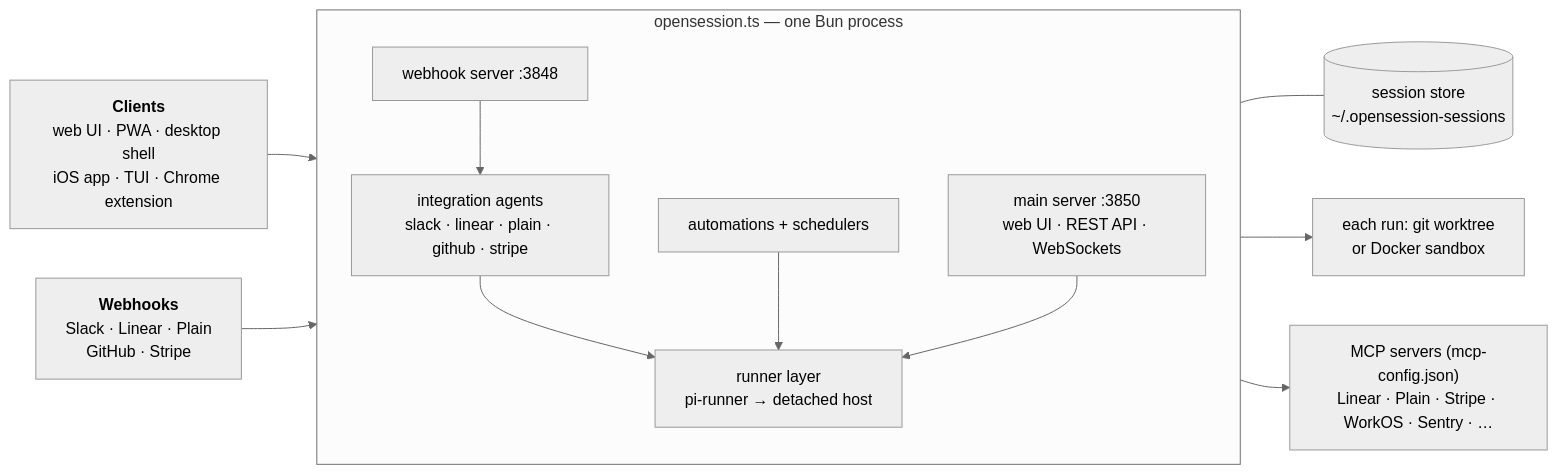
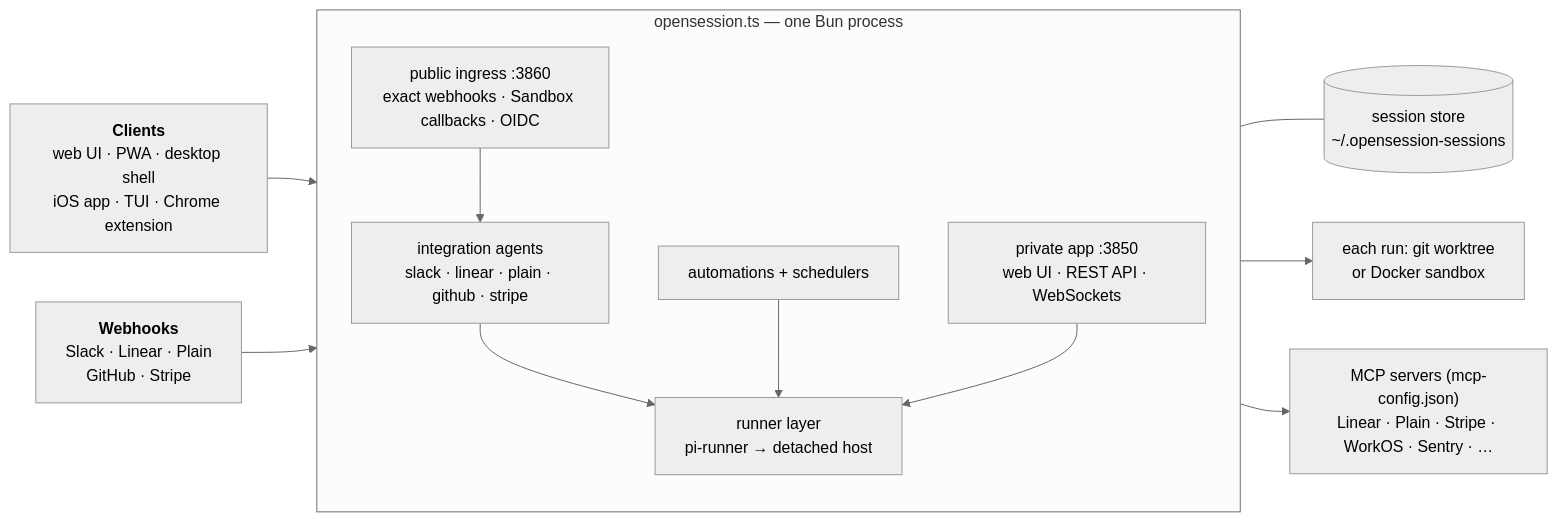
The diagram in docs/setup/README.md (Recovr-Rehab/opensession), drawn with Mermaid (neutral theme) before and after one commit. The commit also changed other lines of this file and 58 other files, not shown here.

Commit message:
Unify public ingress configuration

````diff
--- a/docs/setup/README.md
+++ b/docs/setup/README.md
@@ -23,24 +23,24 @@
 ```mermaid
 flowchart LR
   clients["<b>Clients</b><br/>web UI · PWA · desktop shell<br/>iOS app · TUI · Chrome extension"]
   hooks["<b>Webhooks</b><br/>Slack · Linear · Plain<br/>GitHub · Stripe"]
 
   subgraph bun["opensession.ts — one Bun process"]
     direction TB
-    http["main server :3850<br/>web UI · REST API · WebSockets"]
-    wh["webhook server :3848"]
+    http["private app :3850<br/>web UI · REST API · WebSockets"]
+    wh["public ingress :3860<br/>exact webhooks · Sandbox callbacks · OIDC"]
     agents["integration agents<br/>slack · linear · plain · github · stripe"]
     autos["automations + schedulers"]
     runner["runner layer<br/>pi-runner → detached host"]
     wh --> agents
     agents --> runner
     autos --> runner
     http --> runner
   end
 
   clients --> http
   hooks --> wh
   http --- store[("session store<br/>~/.opensession-sessions")]
   runner --> exec["each run: git worktree<br/>or Docker sandbox"]
   runner --> mcp["MCP servers (mcp-config.json)<br/>Linear · Plain · Stripe · WorkOS · Sentry · …"]
 ```
````
